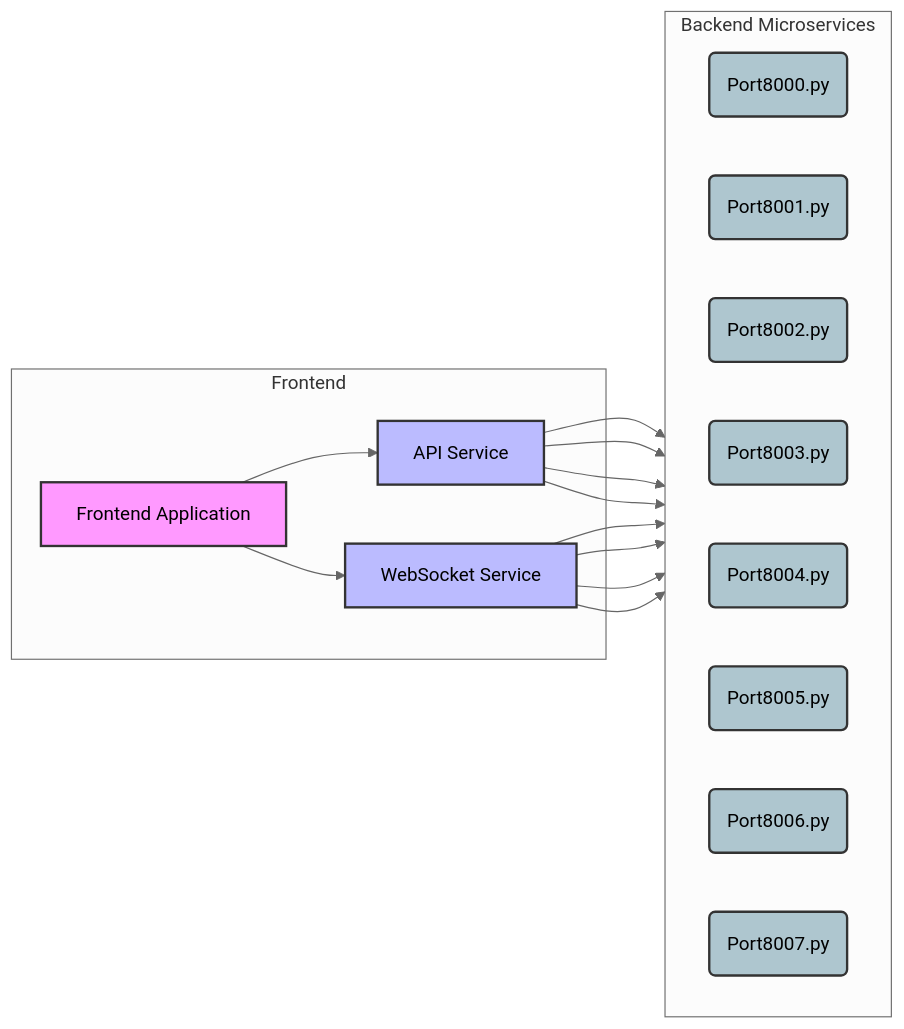
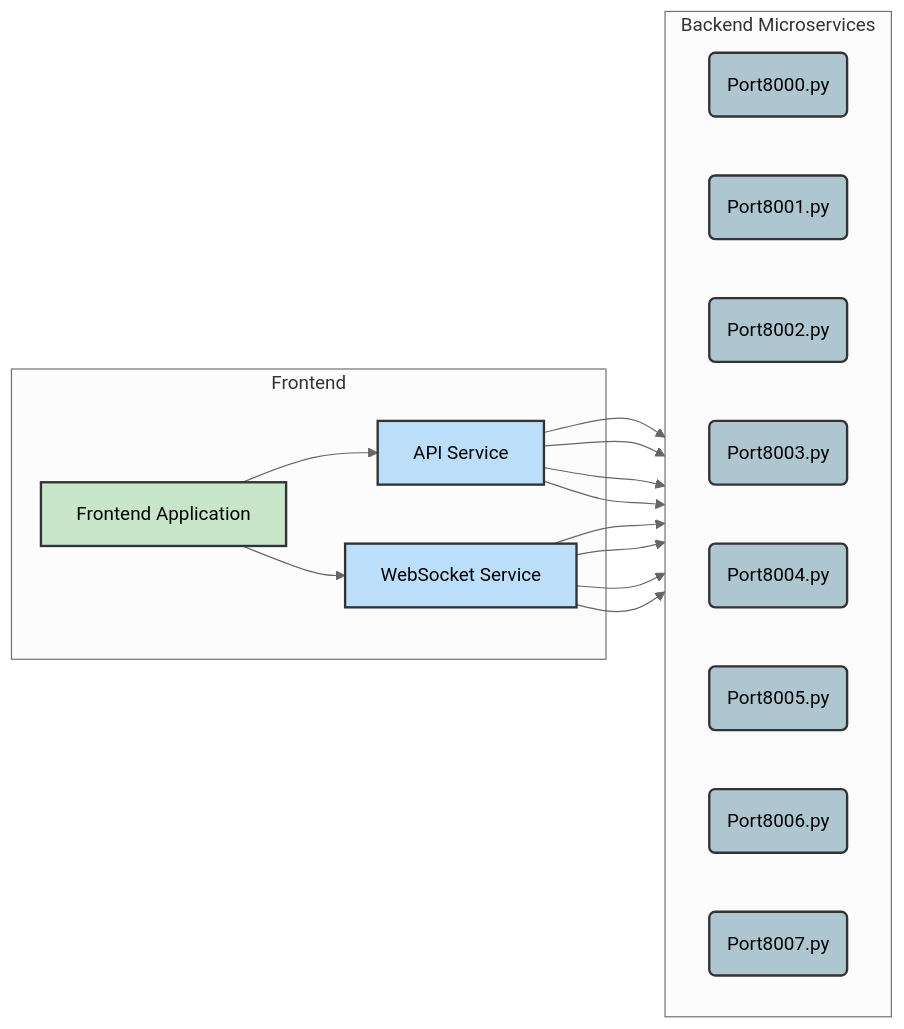
The first of 2 diagrams in README.md (chaitanyamurarka/trading_platform_v11), drawn with Mermaid (neutral theme) before and after one commit. The commit also changed other lines of this file, not shown here.

````diff
--- a/README.md
+++ b/README.md
@@ -95,31 +95,31 @@
 ```mermaid
 graph LR
     subgraph Frontend
         F[Frontend Application] --> FA[API Service]
         F --> FW[WebSocket Service]
     end
 
     subgraph Backend Microservices
         direction LR
         FA --> B0(Port8000.py)
         FA --> B1(Port8001.py)
         FW --> B2(Port8002.py)
         FW --> B3(Port8003.py)
         FA --> B4(Port8004.py)
         FA --> B5(Port8005.py)
         FW --> B6(Port8006.py)
         FW --> B7(Port8007.py)
     end
 
-    style F fill:#f9f,stroke:#333,stroke-width:2px
-    style FA fill:#bbf,stroke:#333,stroke-width:2px
-    style FW fill:#bbf,stroke:#333,stroke-width:2px
-    style B0 fill:#AEC6CF,stroke:#333,stroke-width:2px
-    style B1 fill:#AEC6CF,stroke:#333,stroke-width:2px
-    style B2 fill:#AEC6CF,stroke:#333,stroke-width:2px
-    style B3 fill:#AEC6CF,stroke:#333,stroke-width:2px
-    style B4 fill:#AEC6CF,stroke:#333,stroke-width:2px
-    style B5 fill:#AEC6CF,stroke:#333,stroke-width:2px
-    style B6 fill:#AEC6CF,stroke:#333,stroke-width:2px
-    style B7 fill:#AEC6CF,stroke:#333,stroke-width:2px
+    style F fill:#C8E6C9,stroke:#333,stroke-width:2px,color:#000;
+    style FA fill:#BBDEFB,stroke:#333,stroke-width:2px,color:#000;
+    style FW fill:#BBDEFB,stroke:#333,stroke-width:2px,color:#000;
+    style B0 fill:#AEC6CF,stroke:#333,stroke-width:2px,color:#000;
+    style B1 fill:#AEC6CF,stroke:#333,stroke-width:2px,color:#000;
+    style B2 fill:#AEC6CF,stroke:#333,stroke-width:2px,color:#000;
+    style B3 fill:#AEC6CF,stroke:#333,stroke-width:2px,color:#000;
+    style B4 fill:#AEC6CF,stroke:#333,stroke-width:2px,color:#000;
+    style B5 fill:#AEC6CF,stroke:#333,stroke-width:2px,color:#000;
+    style B6 fill:#AEC6CF,stroke:#333,stroke-width:2px,color:#000;
+    style B7 fill:#AEC6CF,stroke:#333,stroke-width:2px,color:#000;
 ```
````
